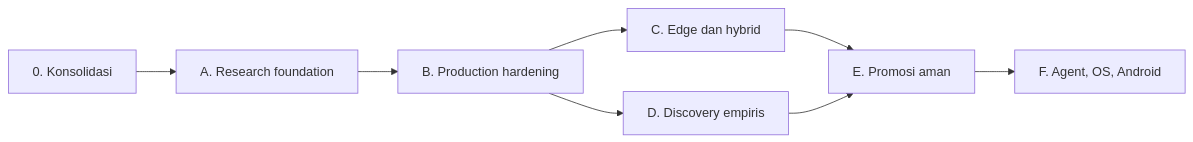
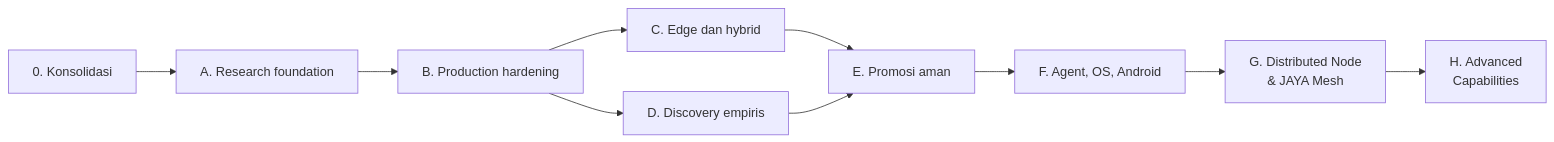
Before and after one commit to fmgaming180118/jaya-platform: the diagram in docs/ROADMAP.md, drawn with Mermaid. The commit also changed other lines of this file and 19 other files, not shown here.

````diff
--- a/docs/ROADMAP.md
+++ b/docs/ROADMAP.md
@@ -11,10 +11,12 @@
 ```mermaid
 flowchart LR
     P0["0. Konsolidasi"] --> PA["A. Research foundation"]
     PA --> PB["B. Production hardening"]
     PB --> PC["C. Edge dan hybrid"]
     PB --> PD["D. Discovery empiris"]
     PC --> PE["E. Promosi aman"]
     PD --> PE
     PE --> PF["F. Agent, OS, Android"]
+    PF --> PG["G. Distributed Node\n& JAYA Mesh"]
+    PG --> PH["H. Advanced\nCapabilities"]
 ```
````
